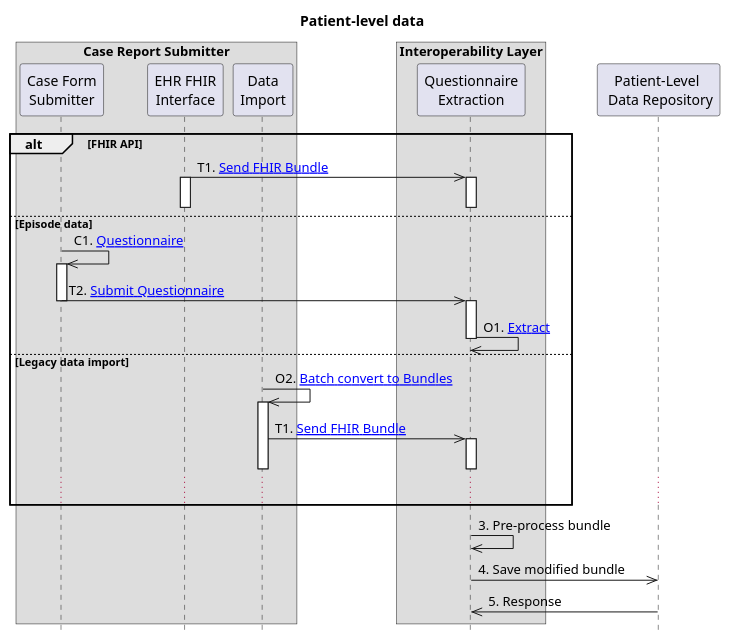
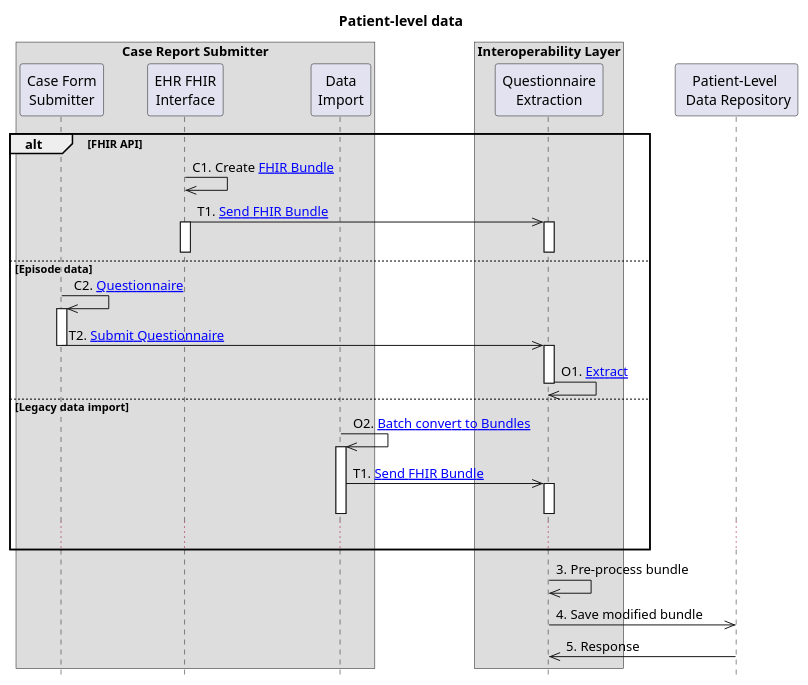
One commit to costateixeira/cr-architecture changed the second of 2 diagrams in docs/overview.md. Above: the diagram before and after it, drawn with PlantUML.

```diff
--- a/docs/overview.md
+++ b/docs/overview.md
@@ -40,45 +40,45 @@
 {% plantuml %}
 @startuml
 hide footbox
 title Patient-level data 
     box Case Report Submitter
       participant "Case Form\nSubmitter" as POC1
       participant "EHR FHIR\nInterface" as POC2
       participant "Data\nImport" as POC3
     end box
     box Interoperability Layer
         participant "Questionnaire\nExtraction" as IOL
     end box
     participant "Patient-Level \n Data Repository" as R
 
     alt FHIR API
-'      POC2->>POC2: 1. [[./content-1.html Create FHIR Bundle]]
+      POC2->>POC2: C1. Create [[./content-1.html FHIR Bundle]]
       POC2->>IOL: T1. [[./transaction-1.html{Transaction 1 specifications} Send FHIR Bundle]]
       activate IOL
       activate POC2
       deactivate POC2
       deactivate IOL
     else Episode data
-      POC1->>POC1: C1. [[./content-2.html Questionnaire]]
+      POC1->>POC1: C2. [[./content-2.html Questionnaire]]
       activate POC1
       POC1->>IOL: T2. [[./transaction-2.html Submit Questionnaire]]
       deactivate POC1
       activate IOL
       IOL->>IOL: O1. [[./operation-1.html Extract]]
       deactivate IOL
 
     else Legacy data import
       POC3->>POC3: O2. [[./operation-2.html Batch convert to Bundles]]
       activate POC3
       POC3->>IOL: T1. [[./transaction-1.html{Transaction 1 specifications} Send FHIR Bundle]]
       activate IOL
       deactivate POC3
       deactivate IOL
       ...
     end
 
     IOL->>IOL: 3. Pre-process bundle
     IOL->>R: 4. Save modified bundle
     R->>IOL: 5. Response
 @enduml
 {% endplantuml %}
```
